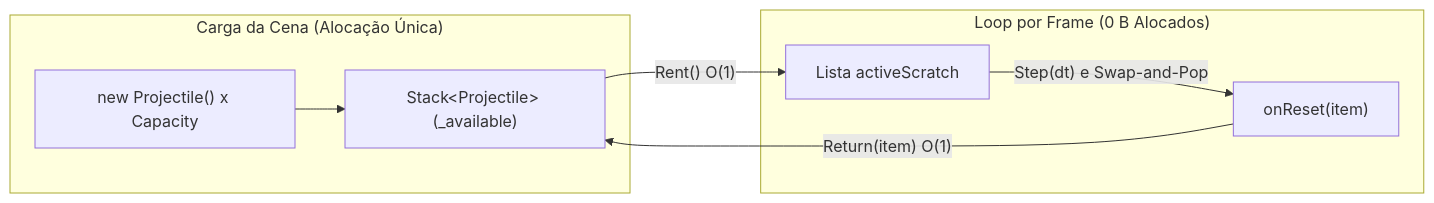
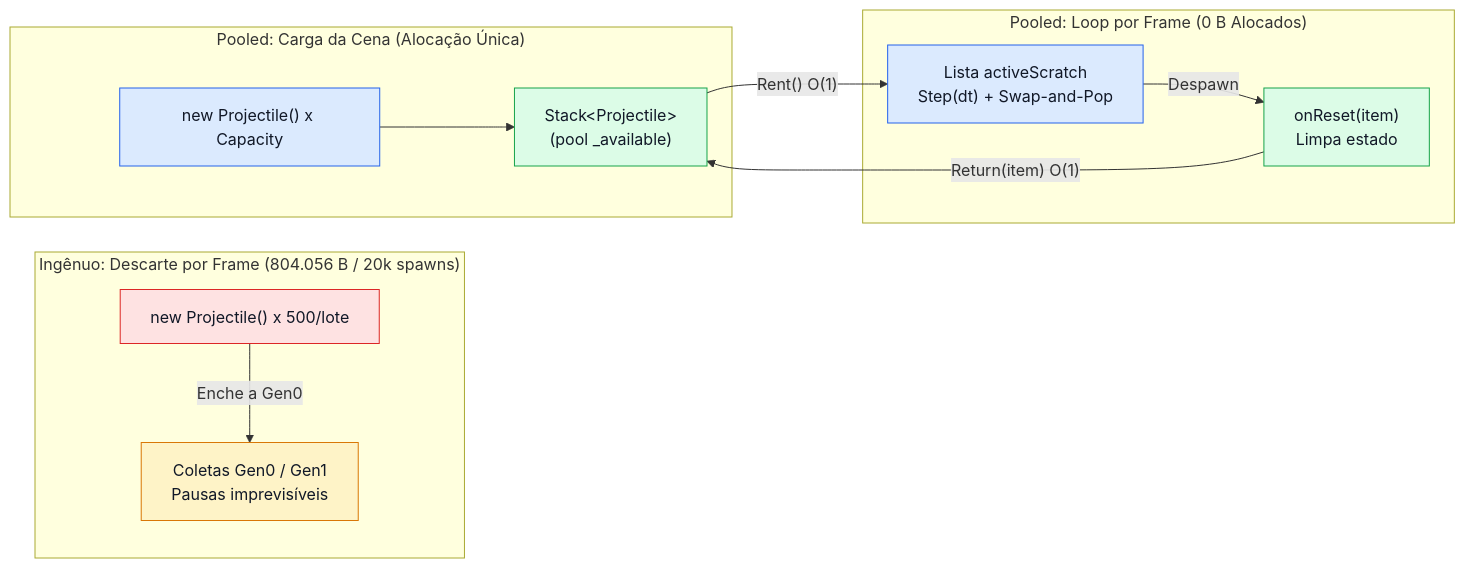
One commit to LevyArsOS/csharp-lessons changed the diagram in CSharpLessons/ObjectPooling/Tutorial/pt-br.md. Above: the diagram before and after it, drawn with Mermaid. The commit also changed other lines of this file and 3 other files, not shown here.

First line of the commit message:
docs(tutorials): upgrade HotPathAllocations and ObjectPooling diagrams

````diff
--- a/CSharpLessons/ObjectPooling/Tutorial/pt-br.md
+++ b/CSharpLessons/ObjectPooling/Tutorial/pt-br.md
@@ -35,11 +35,21 @@
 ```mermaid
 flowchart LR
-    subgraph SceneLoad["Carga da Cena (Alocação Única)"]
-        Factory["new Projectile() x Capacity"] --> Stack["Stack&lt;Projectile&gt; (_available)"]
+    classDef slow fill:#fee2e2,stroke:#dc2626,color:#111827
+    classDef fast fill:#dcfce7,stroke:#16a34a,color:#111827
+    classDef hw fill:#dbeafe,stroke:#2563eb,color:#111827
+    classDef warn fill:#fef3c7,stroke:#d97706,color:#111827
+
+    subgraph Naive["Ingênuo: Descarte por Frame (804.056 B / 20k spawns)"]
+        N1["new Projectile() x 500/lote"]:::slow -->|"Enche a Gen0"| N2["Coletas Gen0 / Gen1<br/>Pausas imprevisíveis"]:::warn
     end
-    subgraph FrameLoop["Loop por Frame (0 B Alocados)"]
-        Stack -->|"Rent() O(1)"| Active["Lista activeScratch"]
-        Active -->|"Step(dt) e Swap-and-Pop"| Reset["onReset(item)"]
+
+    subgraph SceneLoad["Pooled: Carga da Cena (Alocação Única)"]
+        Factory["new Projectile() x Capacity"]:::hw --> Stack["Stack&lt;Projectile&gt;<br/>(pool _available)"]:::fast
+    end
+
+    subgraph FrameLoop["Pooled: Loop por Frame (0 B Alocados)"]
+        Stack -->|"Rent() O(1)"| Active["Lista activeScratch<br/>Step(dt) + Swap-and-Pop"]:::hw
+        Active -->|"Despawn"| Reset["onReset(item)<br/>Limpa estado"]:::fast
         Reset -->|"Return(item) O(1)"| Stack
     end
 ```
````
